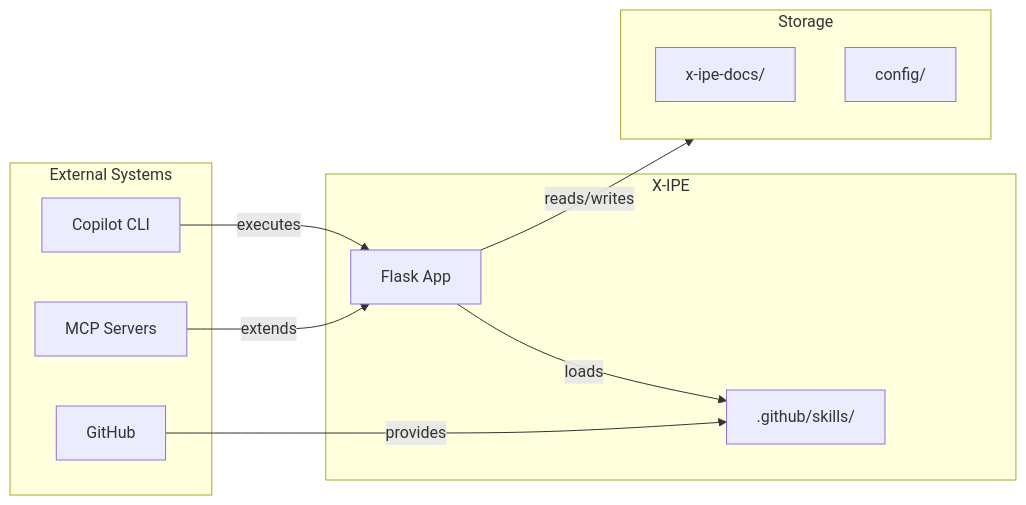
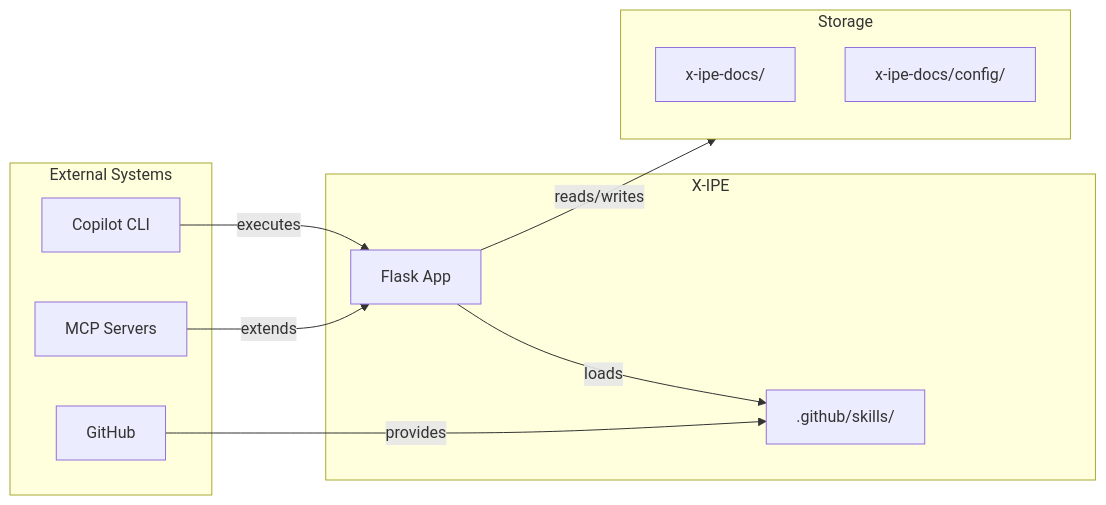
The second of 2 diagrams in x-ipe-docs/ideas/201. Playground-Draw Architecture Diagram for itself/idea-summary-v1.md (Young-Z/X-IPE), drawn with Mermaid before and after one commit. The commit also changed other lines of this file and 84 other files, not shown here.

````diff
--- a/x-ipe-docs/ideas/201. Playground-Draw Architecture Diagram for itself/idea-summary-v1.md
+++ b/x-ipe-docs/ideas/201. Playground-Draw Architecture Diagram for itself/idea-summary-v1.md
@@ -62,24 +62,24 @@
 ```mermaid
 flowchart LR
     subgraph External["External Systems"]
         Copilot["Copilot CLI"]
         GitHub["GitHub"]
         MCP["MCP Servers"]
     end
     
     subgraph XIPE["X-IPE"]
         App["Flask App"]
         Skills[".github/skills/"]
     end
     
     subgraph Storage["Storage"]
         Docs["x-ipe-docs/"]
-        Config["config/"]
+        Config["x-ipe-docs/config/"]
     end
     
     Copilot -->|"executes"| App
     App -->|"loads"| Skills
     GitHub -->|"provides"| Skills
     MCP -->|"extends"| App
     App -->|"reads/writes"| Storage
 ```
````
